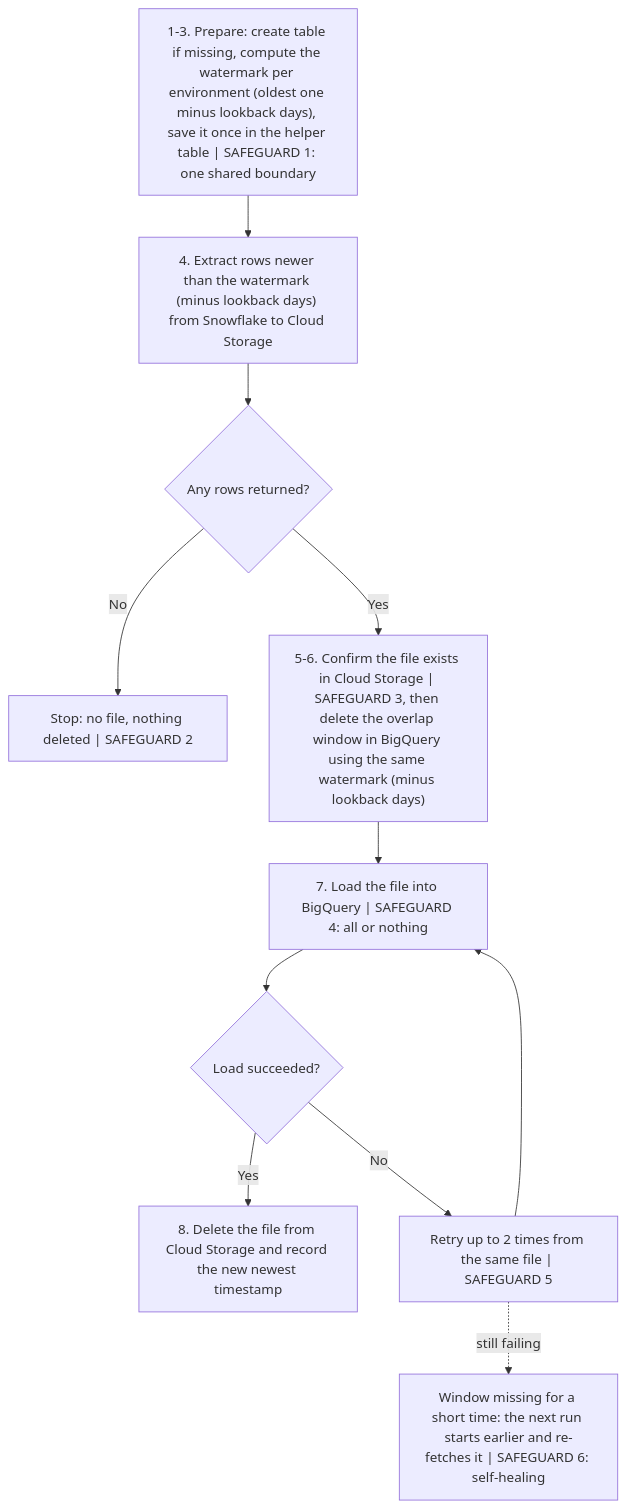
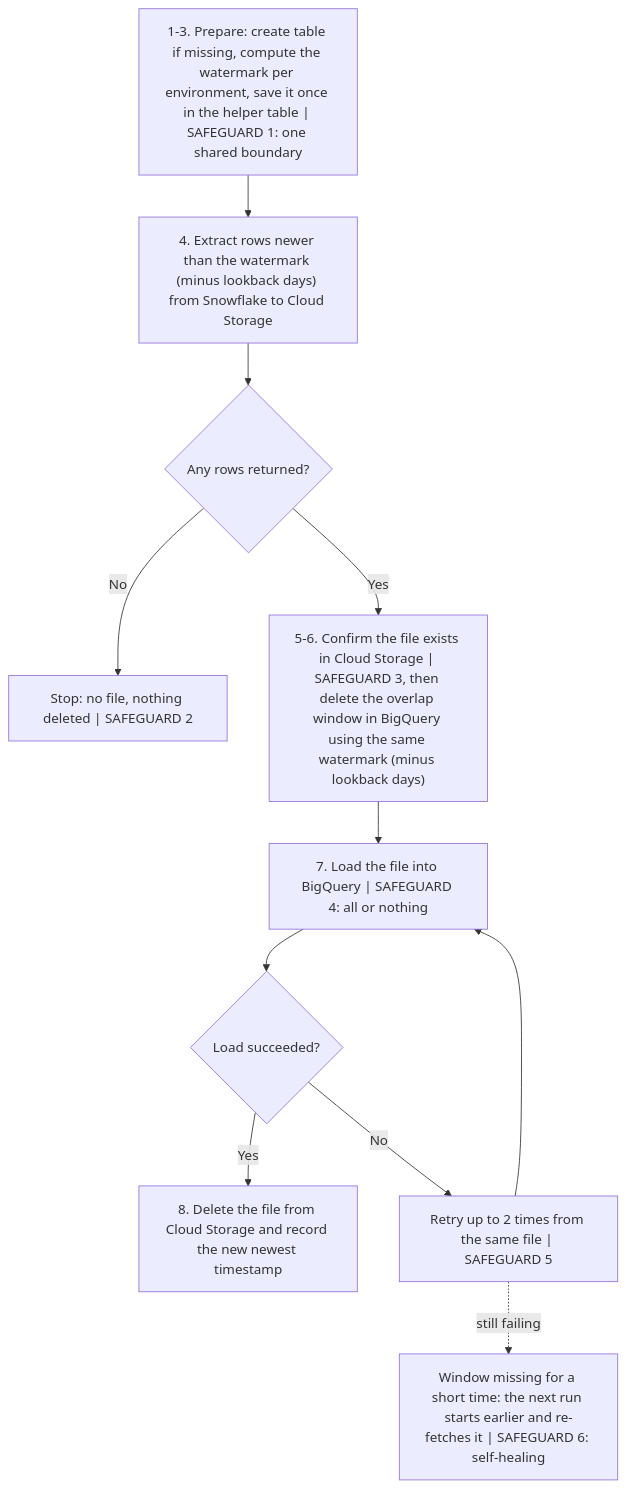
Before and after one commit to antipev/sql_preparation: the tenth of 20 diagrams in Project_Portfolio/Project 1/Project_1.md, drawn with Mermaid.

````diff
--- a/Project_Portfolio/Project 1/Project_1.md
+++ b/Project_Portfolio/Project 1/Project_1.md
@@ -663,20 +663,20 @@
 ```mermaid
 flowchart TB
-    P["1-3. Prepare: create table if missing, compute the watermark per environment (oldest one minus lookback days), save it once in the helper table | SAFEGUARD 1: one shared boundary"]
+    P["1-3. Prepare: create table if missing, compute the watermark per environment, save it once in the helper table | SAFEGUARD 1: one shared boundary"]
     E["4. Extract rows newer than the watermark (minus lookback days) from Snowflake to Cloud Storage"]
     Q{"Any rows returned?"}
     SK["Stop: no file, nothing deleted | SAFEGUARD 2"]
     D["5-6. Confirm the file exists in Cloud Storage | SAFEGUARD 3, then delete the overlap window in BigQuery using the same watermark (minus lookback days)"]
     L["7. Load the file into BigQuery | SAFEGUARD 4: all or nothing"]
     OK{"Load succeeded?"}
     RT["Retry up to 2 times from the same file | SAFEGUARD 5"]
     HEAL["Window missing for a short time: the next run starts earlier and re-fetches it | SAFEGUARD 6: self-healing"]
     F["8. Delete the file from Cloud Storage and record the new newest timestamp"]
     P --> E --> Q
     Q -- "No" --> SK
     Q -- "Yes" --> D --> L --> OK
     OK -- "Yes" --> F
     OK -- "No" --> RT
     RT --> L
     RT -. "still failing" .-> HEAL
 ```
````
